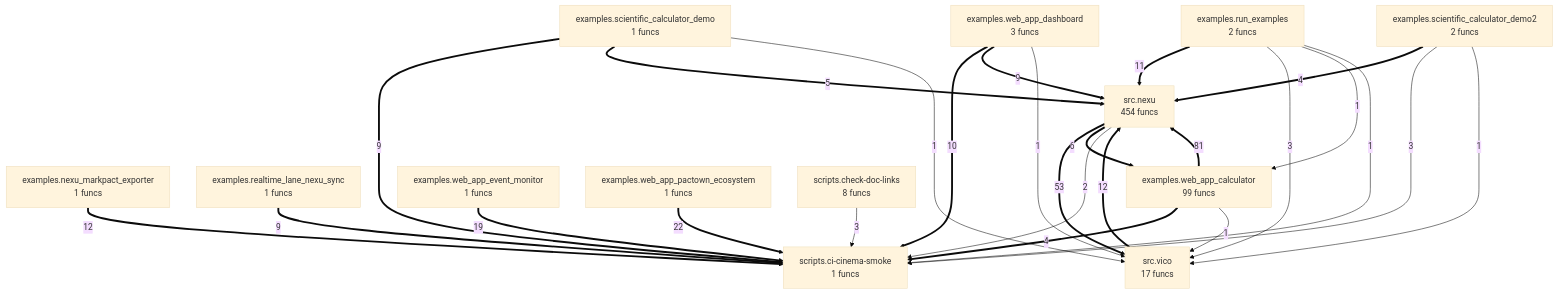
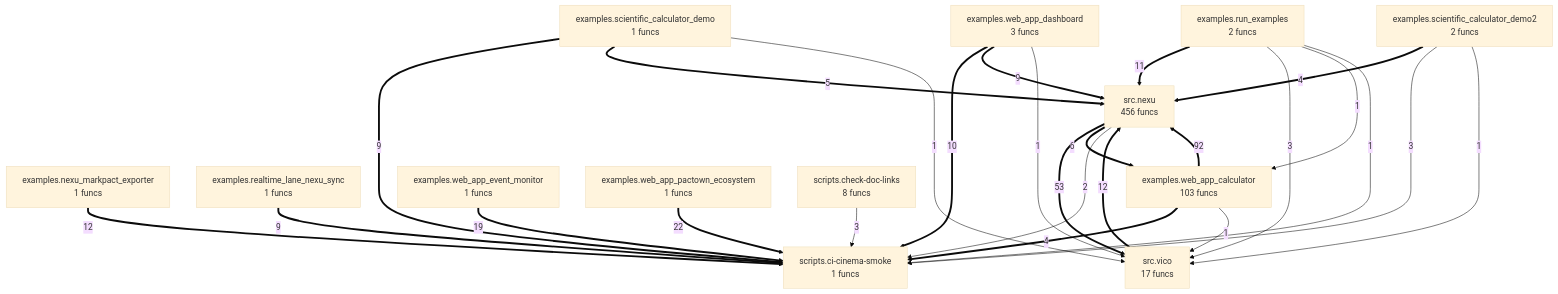
Before and after one commit to autogrammar/nexu: the diagram in project/compact_flow.mmd, drawn with Mermaid (base theme). The commit also changed 37 other files, not shown here.

```diff
--- a/project/compact_flow.mmd
+++ b/project/compact_flow.mmd
@@ -1,40 +1,40 @@
 flowchart TD
-%% generated in 0.02s
+%% generated in 0.01s
     examples__nexu_markpact_exporter["examples.nexu_markpact_exporter<br/>1 funcs"]
     examples__realtime_lane_nexu_sync["examples.realtime_lane_nexu_sync<br/>1 funcs"]
     examples__run_examples["examples.run_examples<br/>2 funcs"]
     examples__scientific_calculator_demo["examples.scientific_calculator_demo<br/>1 funcs"]
     examples__scientific_calculator_demo2["examples.scientific_calculator_demo2<br/>2 funcs"]
-    examples__web_app_calculator["examples.web_app_calculator<br/>99 funcs"]
+    examples__web_app_calculator["examples.web_app_calculator<br/>103 funcs"]
     examples__web_app_dashboard["examples.web_app_dashboard<br/>3 funcs"]
     examples__web_app_event_monitor["examples.web_app_event_monitor<br/>1 funcs"]
     examples__web_app_pactown_ecosystem["examples.web_app_pactown_ecosystem<br/>1 funcs"]
     scripts__check_doc_links["scripts.check-doc-links<br/>8 funcs"]
     scripts__ci_cinema_smoke["scripts.ci-cinema-smoke<br/>1 funcs"]
-    src__nexu["src.nexu<br/>454 funcs"]
+    src__nexu["src.nexu<br/>456 funcs"]
     src__vico["src.vico<br/>17 funcs"]
-    examples__web_app_calculator ==>|81| src__nexu
+    examples__web_app_calculator ==>|92| src__nexu
     src__nexu ==>|53| src__vico
     examples__web_app_pactown_ecosystem ==>|22| scripts__ci_cinema_smoke
     examples__web_app_event_monitor ==>|19| scripts__ci_cinema_smoke
     examples__nexu_markpact_exporter ==>|12| scripts__ci_cinema_smoke
     src__vico ==>|12| src__nexu
     examples__run_examples ==>|11| src__nexu
     examples__web_app_dashboard ==>|10| scripts__ci_cinema_smoke
     examples__scientific_calculator_demo ==>|9| scripts__ci_cinema_smoke
     examples__realtime_lane_nexu_sync ==>|9| scripts__ci_cinema_smoke
     examples__web_app_dashboard ==>|9| src__nexu
     src__nexu ==>|6| examples__web_app_calculator
     examples__scientific_calculator_demo ==>|5| src__nexu
     examples__scientific_calculator_demo2 ==>|4| src__nexu
     examples__web_app_calculator ==>|4| scripts__ci_cinema_smoke
     examples__run_examples -->|3| src__vico
     examples__scientific_calculator_demo2 -->|3| scripts__ci_cinema_smoke
     scripts__check_doc_links -->|3| scripts__ci_cinema_smoke
     src__nexu -->|2| scripts__ci_cinema_smoke
     examples__scientific_calculator_demo -->|1| src__vico
     examples__run_examples -->|1| examples__web_app_calculator
     examples__run_examples -->|1| scripts__ci_cinema_smoke
     examples__scientific_calculator_demo2 -->|1| src__vico
     examples__web_app_calculator -->|1| src__vico
     examples__web_app_dashboard -->|1| src__vico
```
